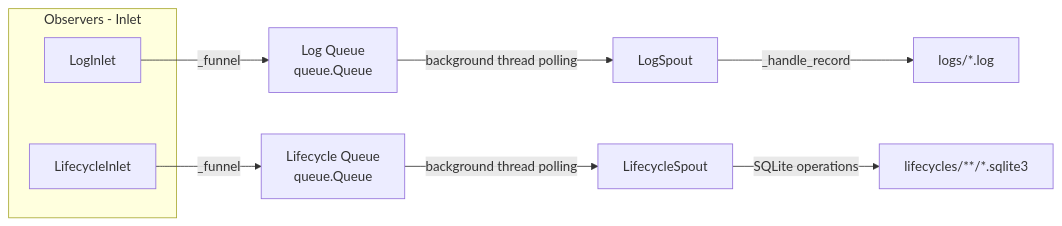
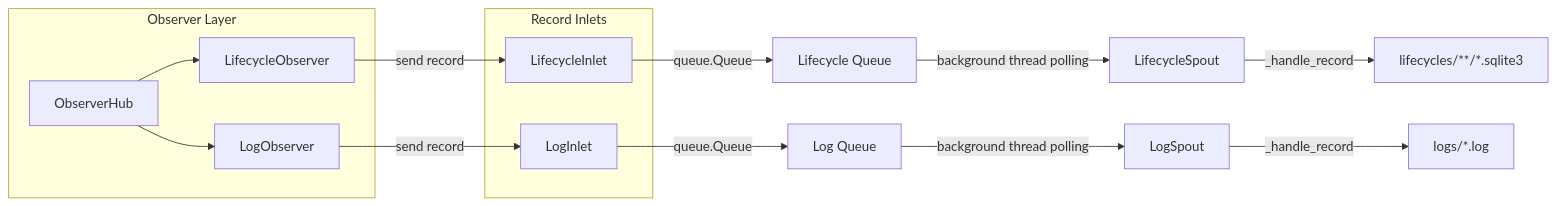
Before and after one commit to Mr-xiaotian/CelestialFlow: the diagram in docs/en/src/persist/__init__.md, drawn with Mermaid. The commit also changed other lines of this file and 176 other files, not shown here.

````diff
--- a/docs/en/src/persist/__init__.md
+++ b/docs/en/src/persist/__init__.md
@@ -68,16 +94,21 @@
 ```mermaid
 flowchart LR
-    subgraph Producer[Observers - Inlet]
-        LogInlet[LogInlet]
-        LifecycleInlet[LifecycleInlet]
+    subgraph EventBus[Observer Layer]
+        Hub[ObserverHub] --> LifecycleObs[LifecycleObserver]
+        Hub --> LogObs[LogObserver]
     end
 
-    LogInlet -->|_funnel| LogQueue[Log Queue<br/>queue.Queue]
-    LifecycleInlet -->|_funnel| LifecycleQueue[Lifecycle Queue<br/>queue.Queue]
+    subgraph Producer[Record Inlets]
+        LifecycleObs -->|send record| LifecycleInlet[LifecycleInlet]
+        LogObs -->|send record| LogInlet[LogInlet]
+    end
 
+    LifecycleInlet -->|queue.Queue| LifecycleQueue[Lifecycle Queue]
+    LogInlet -->|queue.Queue| LogQueue[Log Queue]
+
+    LifecycleQueue -->|background thread polling| LifecycleSpout[LifecycleSpout]
     LogQueue -->|background thread polling| LogSpout[LogSpout]
-    LifecycleQueue -->|background thread polling| LifecycleSpout[LifecycleSpout]
 
+    LifecycleSpout -->|_handle_record| SQLiteFile[lifecycles/**/*.sqlite3]
     LogSpout -->|_handle_record| LogFile[logs/*.log]
-    LifecycleSpout -->|SQLite operations| SQLiteFile[lifecycles/**/*.sqlite3]
 ```
````
